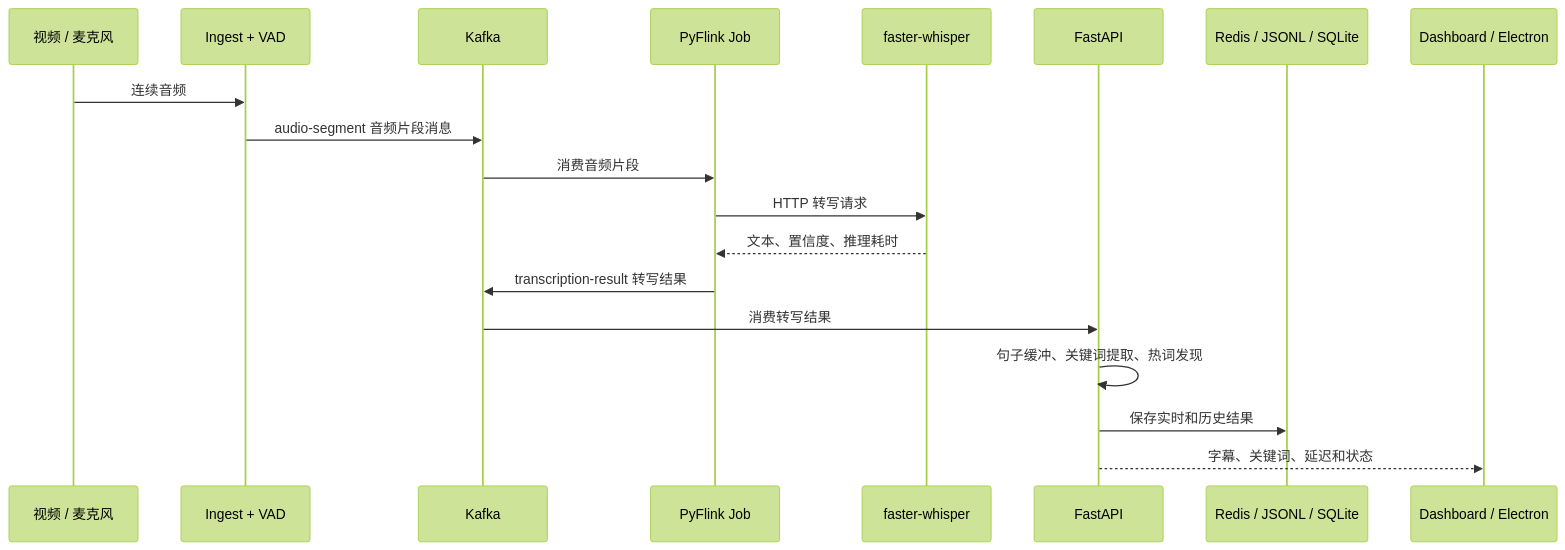
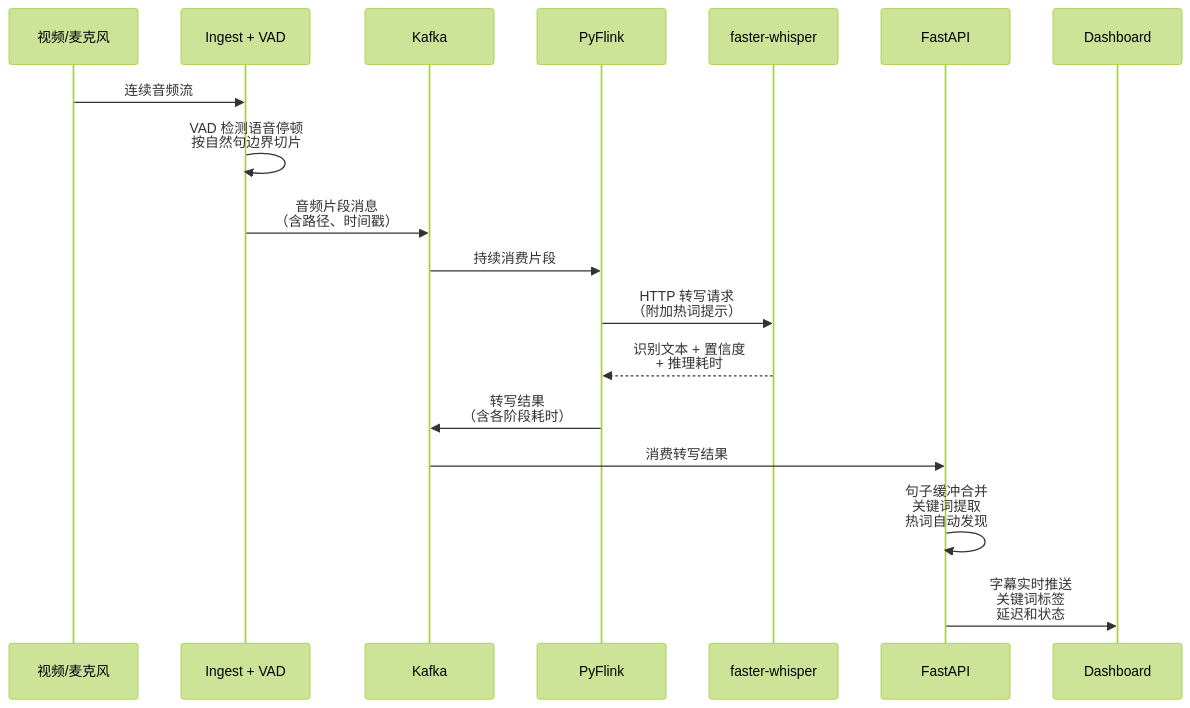
One commit to NJNAN/kafka-flink-video-streaming-asr changed the second of 3 diagrams in README.md. Above: the diagram before and after it, drawn with Mermaid (forest theme). The commit also changed other lines of this file, not shown here.

````diff
--- a/README.md
+++ b/README.md
@@ -142,22 +300,21 @@
 ```mermaid
 sequenceDiagram
-    participant Source as 视频 / 麦克风
-    participant Ingest as Ingest + VAD
-    participant Kafka as Kafka
-    participant Flink as PyFlink Job
-    participant ASR as faster-whisper
-    participant API as FastAPI
-    participant Store as Redis / JSONL / SQLite
-    participant UI as Dashboard / Electron
+    participant Source as  视频/麦克风
+    participant Ingest as  Ingest + VAD
+    participant Kafka as  Kafka
+    participant Flink as  PyFlink
+    participant ASR as  faster-whisper
+    participant API as  FastAPI
+    participant UI as  Dashboard
 
-    Source->>Ingest: 连续音频
-    Ingest->>Kafka: audio-segment 音频片段消息
-    Kafka->>Flink: 消费音频片段
-    Flink->>ASR: HTTP 转写请求
-    ASR-->>Flink: 文本、置信度、推理耗时
-    Flink->>Kafka: transcription-result 转写结果
+    Source->>Ingest: 连续音频流
+    Ingest->>Ingest: VAD 检测语音停顿<br/>按自然句边界切片
+    Ingest->>Kafka: 音频片段消息<br/>（含路径、时间戳）
+    Kafka->>Flink: 持续消费片段
+    Flink->>ASR: HTTP 转写请求<br/>（附加热词提示）
+    ASR-->>Flink: 识别文本 + 置信度<br/>+ 推理耗时
+    Flink->>Kafka: 转写结果<br/>（含各阶段耗时）
     Kafka->>API: 消费转写结果
-    API->>API: 句子缓冲、关键词提取、热词发现
-    API->>Store: 保存实时和历史结果
-    API-->>UI: 字幕、关键词、延迟和状态
+    API->>API: 句子缓冲合并<br/>关键词提取<br/>热词自动发现
+    API->>UI: 字幕实时推送<br/>关键词标签<br/>延迟和状态
 ```
````
